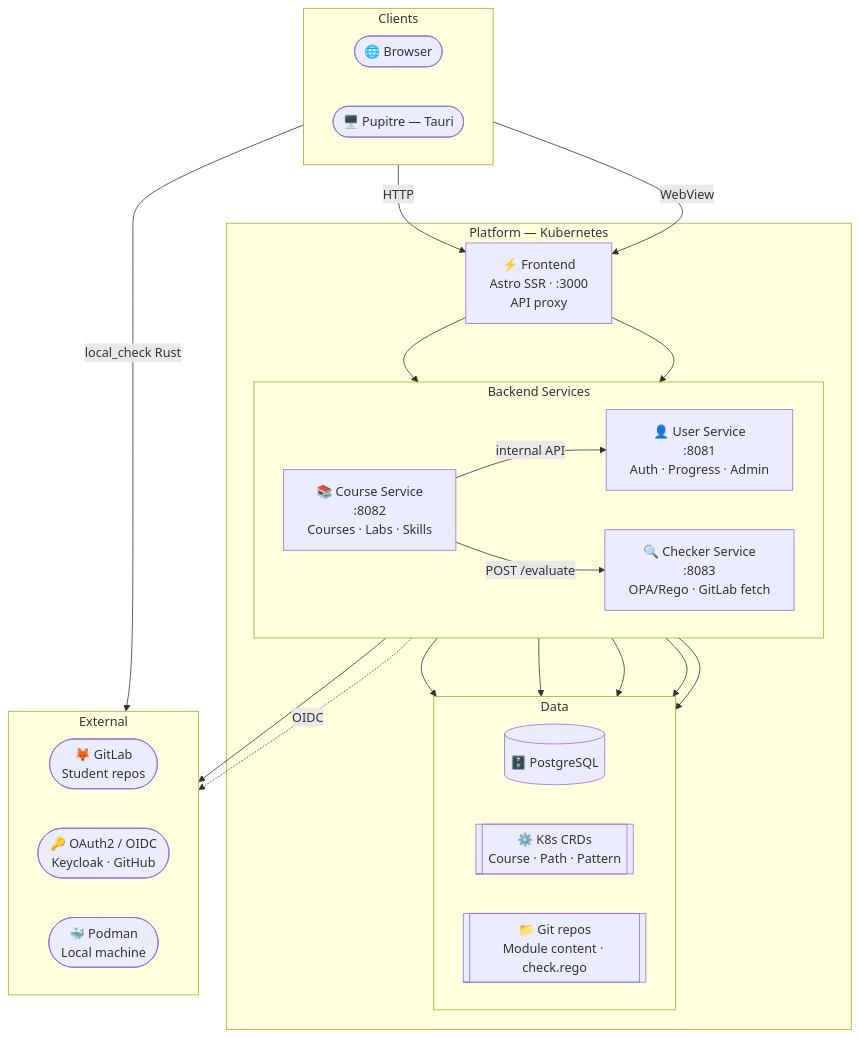
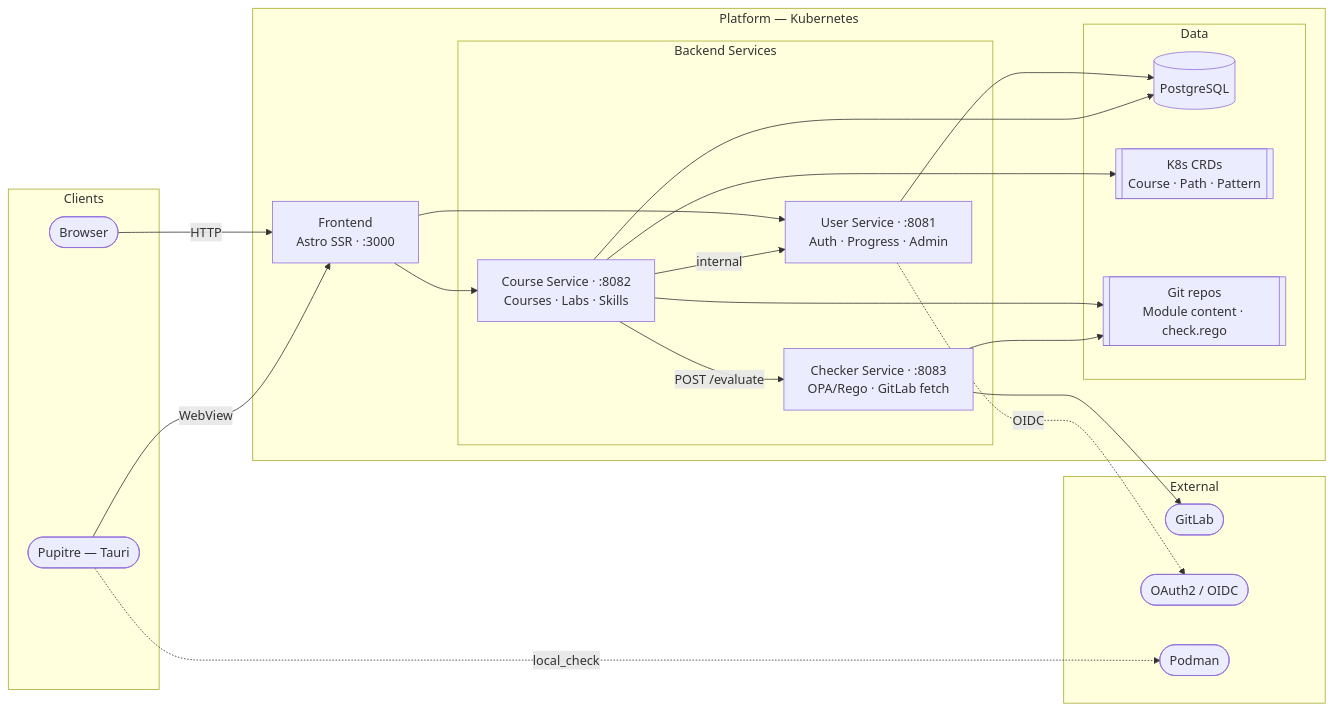
Before and after one commit to Towarmat83/ELearningPlatform: the diagram in README.md, drawn with Mermaid.

Commit message:
docs: simplify mermaid diagram, flat LR layout without nested directions

````diff
--- a/README.md
+++ b/README.md
@@ -23,51 +23,42 @@
 ```mermaid
-flowchart TD
-    subgraph CLIENTS["Clients"]
-        direction LR
-        Browser(["🌐 Browser"])
-        Pupitre(["🖥️ Pupitre — Tauri"])
+graph LR
+    subgraph CLI["Clients"]
+        B(["Browser"])
+        P(["Pupitre — Tauri"])
     end
 
-    subgraph PLATFORM["Platform — Kubernetes"]
-        Frontend["⚡ Frontend\nAstro SSR · :3000\nAPI proxy"]
+    subgraph PLAT["Platform — Kubernetes"]
+        F["Frontend\nAstro SSR · :3000"]
 
-        subgraph SERVICES["Backend Services"]
-            direction LR
-            US["👤 User Service\n:8081\nAuth · Progress · Admin"]
-            CS["📚 Course Service\n:8082\nCourses · Labs · Skills"]
-            CK["🔍 Checker Service\n:8083\nOPA/Rego · GitLab fetch"]
+        subgraph SVC["Backend Services"]
+            US["User Service · :8081\nAuth · Progress · Admin"]
+            CS["Course Service · :8082\nCourses · Labs · Skills"]
+            CK["Checker Service · :8083\nOPA/Rego · GitLab fetch"]
         end
 
-        subgraph DATA["Data"]
-            direction LR
-            PG[("🗄️ PostgreSQL")]
-            CRD[["⚙️ K8s CRDs\nCourse · Path · Pattern"]]
-            GIT[["📁 Git repos\nModule content · check.rego"]]
+        subgraph DAT["Data"]
+            PG[("PostgreSQL")]
+            CRD[["K8s CRDs\nCourse · Path · Pattern"]]
+            GIT[["Git repos\nModule content · check.rego"]]
         end
     end
 
-    subgraph EXTERNAL["External"]
-        direction LR
-        GL(["🦊 GitLab\nStudent repos"])
-        OA(["🔑 OAuth2 / OIDC\nKeycloak · GitHub"])
-        PO(["🐳 Podman\nLocal machine"])
+    subgraph EXT["External"]
+        GL(["GitLab"])
+        OA(["OAuth2 / OIDC"])
+        PD(["Podman"])
     end
 
-    Browser -->|HTTP| Frontend
-    Pupitre -->|WebView| Frontend
-    Pupitre -->|local_check Rust| PO
+    B -->|HTTP| F
+    P -->|WebView| F
+    P -.->|local_check| PD
 
-    Frontend --> US
-    Frontend --> CS
-
-    CS -->|internal API| US
+    F --> US & CS
+    CS -->|internal| US
     CS -->|POST /evaluate| CK
 
-    US --> PG
-    CS --> PG
-    CS --> CRD
-    CS --> GIT
-    CK --> GIT
-    CK --> GL
+    US & CS --> PG
+    CS --> CRD & GIT
+    CK --> GIT & GL
     US -.->|OIDC| OA
 ```
````
